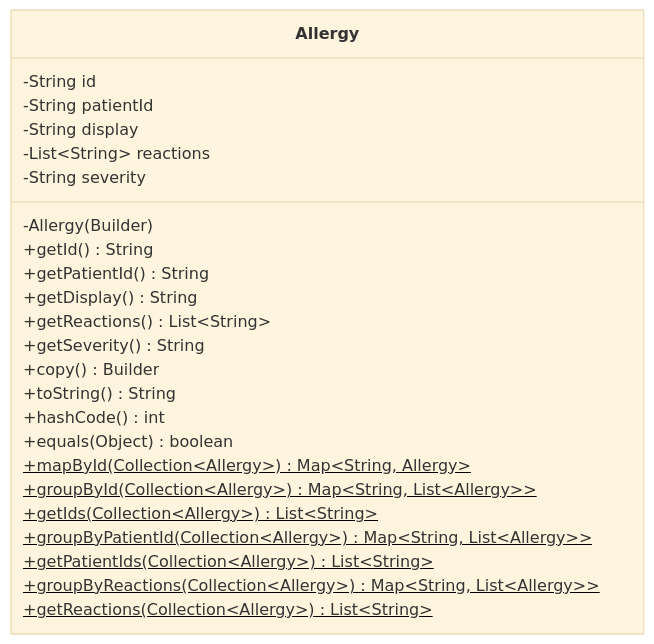
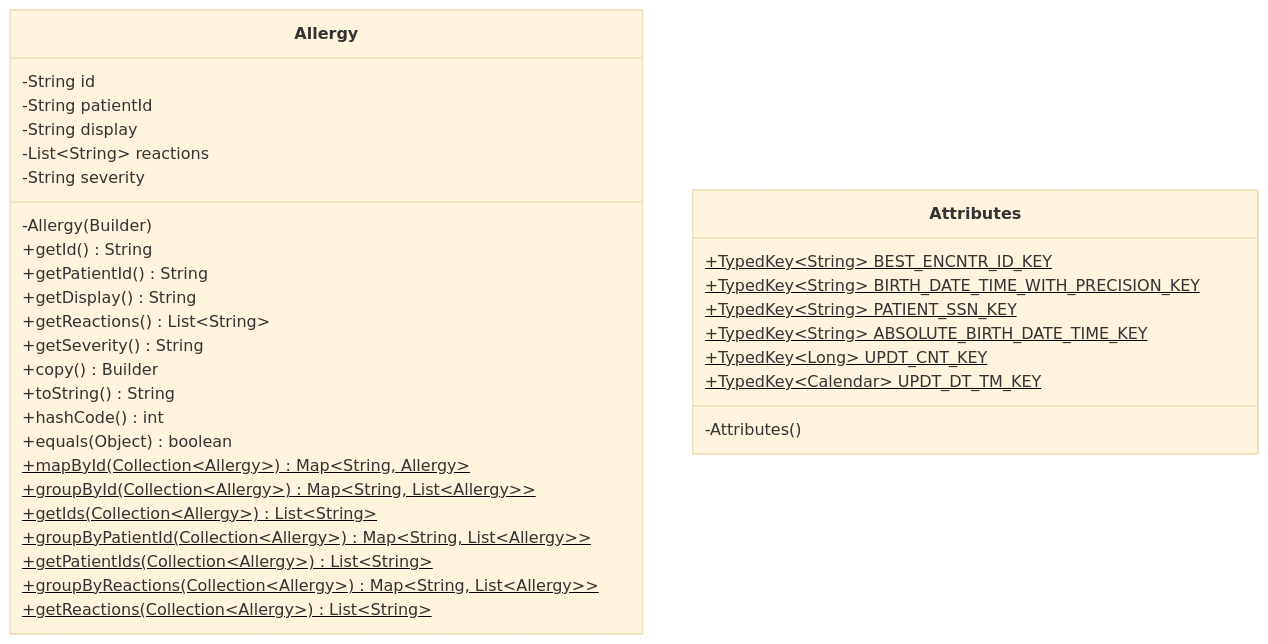
The diagram in README.md (abhishek171287/FACE-RECOGNITION-ATTENDANCE-SYSTEM-USING-RASPBERRY-PI), drawn with Mermaid (base theme) before and after one commit.

````diff
--- a/README.md
+++ b/README.md
@@ -6,27 +6,37 @@
 ```mermaid
 classDiagram
     class Allergy{
         -String id
         -String patientId
         -String display
         -List~String~ reactions
         -String severity
         -Allergy(Builder)
         +getId() String
         +getPatientId() String
         +getDisplay() String
         +getReactions() List~String~
         +getSeverity() String
         +copy() Builder
         +toString() String
         +hashCode() int
         +equals(Object) boolean
         +mapById(Collection~Allergy~)$ Map&lt;String, Allergy&gt;
         +groupById(Collection~Allergy~)$ Map&lt;String, List~Allergy~&gt;
         +getIds(Collection~Allergy~)$ List~String~
         +groupByPatientId(Collection~Allergy~)$ Map&lt;String, List~Allergy~&gt;
         +getPatientIds(Collection~Allergy~)$ List~String~
         +groupByReactions(Collection~Allergy~)$ Map&lt;String, List~Allergy~&gt;
         +getReactions(Collection~Allergy~)$ List~String~
     }
+
+    class Attributes{
+        +TypedKey~String~  BEST_ENCNTR_ID_KEY$
+        +TypedKey~String~ BIRTH_DATE_TIME_WITH_PRECISION_KEY$
+        +TypedKey~String~ PATIENT_SSN_KEY$
+        +TypedKey~String~ ABSOLUTE_BIRTH_DATE_TIME_KEY$
+        +TypedKey~Long~ UPDT_CNT_KEY$
+        +TypedKey~Calendar~ UPDT_DT_TM_KEY$
+        -Attributes()
+    }
   ```
````
